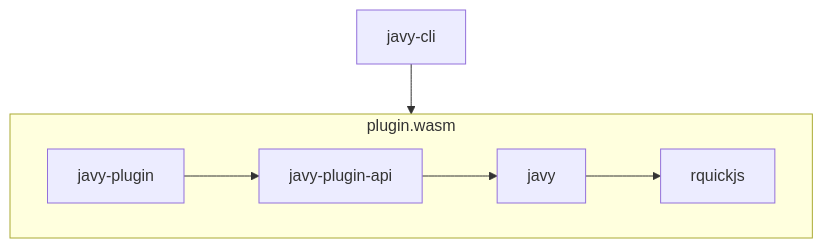
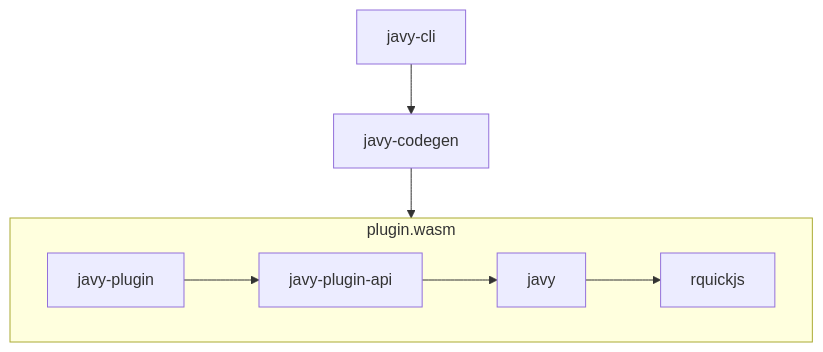
The diagram in docs/docs-contributing-architecture.md (bytecodealliance/javy), drawn with Mermaid before and after one commit. The commit also changed other lines of this file and 6 other files, not shown here.

````diff
--- a/docs/docs-contributing-architecture.md
+++ b/docs/docs-contributing-architecture.md
@@ -7,9 +7,9 @@
 ```mermaid
 flowchart TD
-  javy-cli --> wasm
+  javy-cli --> javy-codegen --> wasm
   subgraph wasm[plugin.wasm]
   javy-plugin --> javy-plugin-api
   javy-plugin-api --> javy
   javy --> rquickjs
   end
 ```
````
